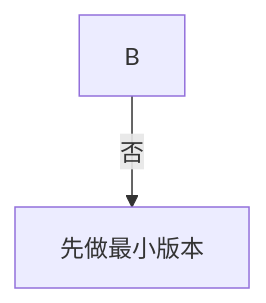
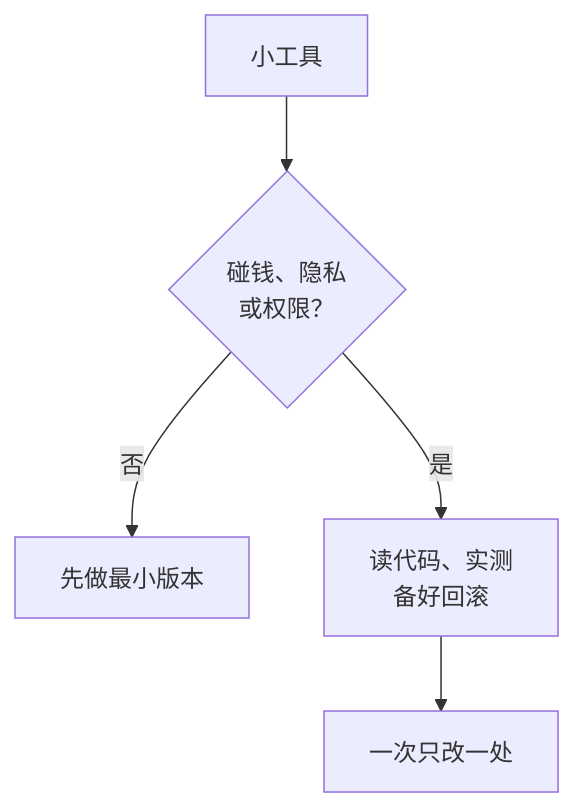
The diagram in vibe/ch01.md (zhuguang-ZFG/claude-code-book), drawn with Mermaid before and after one commit.

Commit message:
fix(vibe): restore the complete risk diagram
- The previous commit left one branch line at the file head; restored the full five-node flowchart.
- Content is unchanged from the verified 390 px build: minimum effective type 11.97 px.

````diff
--- a/vibe/ch01.md
+++ b/vibe/ch01.md
@@ -55,4 +54,7 @@
 ```mermaid
 flowchart TD
+    A["小工具"] --> B{"碰钱、隐私<br/>或权限？"}
     B -->|"否"| C["先做最小版本"]
+    B -->|"是"| D["读代码、实测<br/>备好回滚"]
+    D --> E["一次只改一处"]
 ```
````
